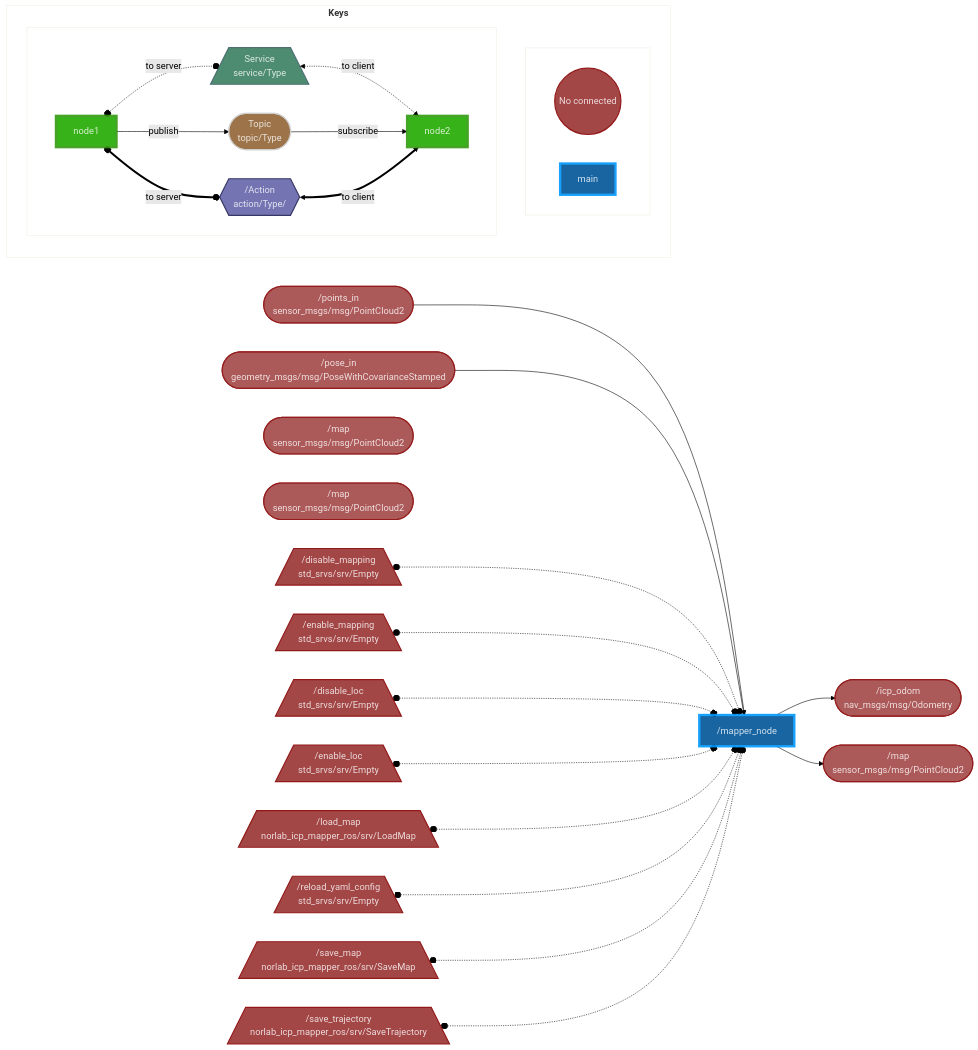
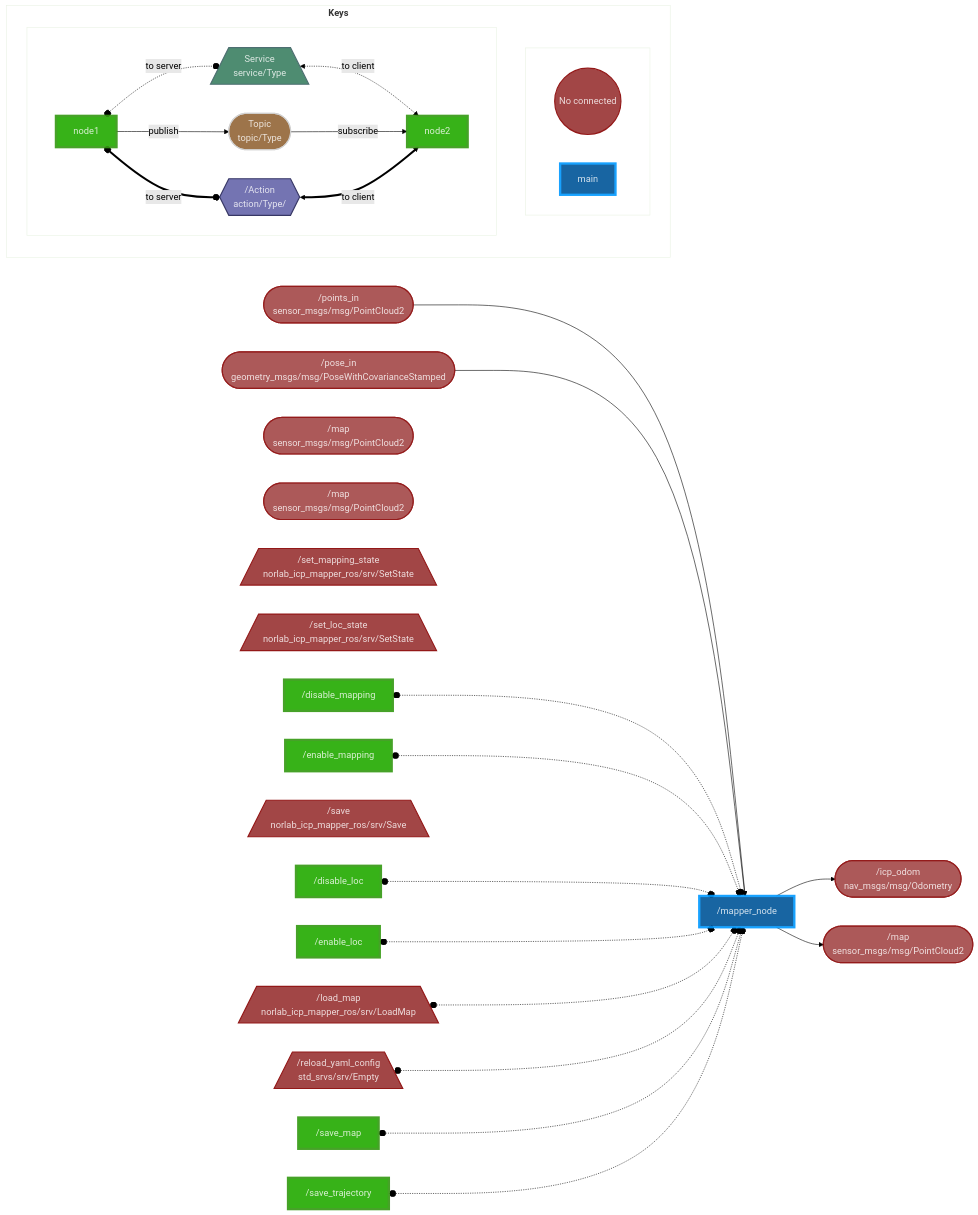
One commit to norlab-ulaval/norlab_icp_mapper_ros changed the diagram in README.md. Above: the diagram before and after it, drawn with Mermaid (forest theme). The commit also changed other lines of this file, not shown here.

````diff
--- a/README.md
+++ b/README.md
@@ -63,62 +61,59 @@
 ```mermaid
 flowchart LR
 
 /mapper_node[ /mapper_node ]:::main
 
 /points_in([ /points_in<br>sensor_msgs/msg/PointCloud2 ]):::bugged
 /pose_in([ /pose_in<br>geometry_msgs/msg/PoseWithCovarianceStamped ]):::bugged
 /icp_odom([ /icp_odom<br>nav_msgs/msg/Odometry ]):::bugged
 /map([ /map<br>sensor_msgs/msg/PointCloud2 ]):::bugged
 /scan_after_input_filters([ /map<br>sensor_msgs/msg/PointCloud2 ]):::bugged
 /scan_after_deskew([ /map<br>sensor_msgs/msg/PointCloud2 ]):::bugged
-/disable_mapping[/ /disable_mapping<br>std_srvs/srv/Empty \]:::bugged
-/enable_mapping[/ /enable_mapping<br>std_srvs/srv/Empty \]:::bugged
-/disable_loc[/ /disable_loc<br>std_srvs/srv/Empty \]:::bugged
-/enable_loc[/ /enable_loc<br>std_srvs/srv/Empty \]:::bugged
+/set_mapping_state[/ /set_mapping_state<br>norlab_icp_mapper_ros/srv/SetState \]:::bugged
+/set_loc_state[/ /set_loc_state<br>norlab_icp_mapper_ros/srv/SetState \]:::bugged
 /load_map[/ /load_map<br>norlab_icp_mapper_ros/srv/LoadMap \]:::bugged
 /reload_yaml_config[/ /reload_yaml_config<br>std_srvs/srv/Empty \]:::bugged
-/save_map[/ /save_map<br>norlab_icp_mapper_ros/srv/SaveMap \]:::bugged
-/save_trajectory[/ /save_trajectory<br>norlab_icp_mapper_ros/srv/SaveTrajectory \]:::bugged
+/save[/ /save<br>norlab_icp_mapper_ros/srv/Save \]:::bugged
 
 /points_in --> /mapper_node
 /pose_in --> /mapper_node
 /mapper_node --> /icp_odom
 /mapper_node --> /map
 /disable_mapping o-.-o /mapper_node
 /enable_mapping o-.-o /mapper_node
 /disable_loc o-.-o /mapper_node
 /enable_loc o-.-o /mapper_node
 /load_map o-.-o /mapper_node
 /reload_yaml_config o-.-o /mapper_node
 /save_map o-.-o /mapper_node
 /save_trajectory o-.-o /mapper_node
 
 
 
 subgraph keys[<b>Keys<b/>]
 subgraph nodes[<b><b/>]
 topicb((No connected)):::bugged
 main_node[main]:::main
 end
 subgraph connection[<b><b/>]
 node1[node1]:::node
 node2[node2]:::node
 node1 o-.-o|to server| service[/Service<br>service/Type\]:::service
 service <-.->|to client| node2
 node1 -->|publish| topic([Topic<br>topic/Type]):::topic
 topic -->|subscribe| node2
 node1 o==o|to server| action{{/Action<br>action/Type/}}:::action
 action <==>|to client| node2
 end
 end
 classDef node opacity:0.9,fill:#2A0,stroke:#391,stroke-width:4px,color:#fff
 classDef action opacity:0.9,fill:#66A,stroke:#225,stroke-width:2px,color:#fff
 classDef service opacity:0.9,fill:#3B8062,stroke:#3B6062,stroke-width:2px,color:#fff
 classDef topic opacity:0.9,fill:#852,stroke:#CCC,stroke-width:2px,color:#fff
 classDef main opacity:0.9,fill:#059,stroke:#09F,stroke-width:4px,color:#fff
 classDef bugged opacity:0.9,fill:#933,stroke:#800,stroke-width:2px,color:#fff
 style keys opacity:0.15,fill:#FFF
 style nodes opacity:0.15,fill:#FFF
 style connection opacity:0.15,fill:#FFF
 
 ```
````
